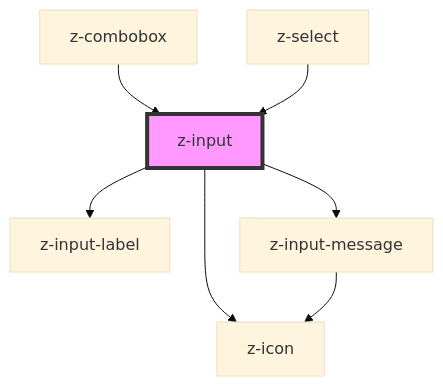
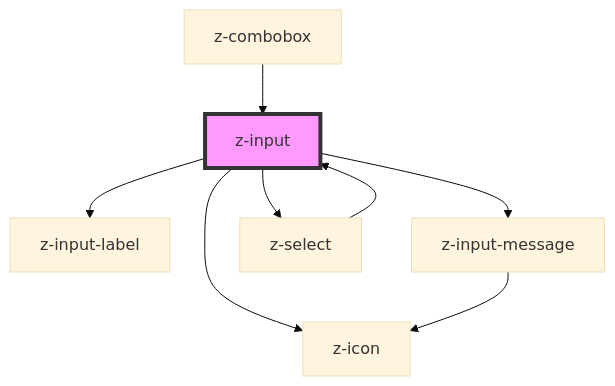
Before and after one commit to ZanichelliEditore/design-system: the diagram in src/components/inputs/z-input/readme.md, drawn with Mermaid (base theme). The commit also changed other lines of this file and 7 other files, not shown here.

Commit message:
feat: integrate z-select in z-input

````diff
--- a/src/components/inputs/z-input/readme.md
+++ b/src/components/inputs/z-input/readme.md
@@ -206,10 +209,11 @@
 ```mermaid
 graph TD;
   z-input --> z-input-label
   z-input --> z-icon
   z-input --> z-input-message
+  z-input --> z-select
   z-input-message --> z-icon
+  z-select --> z-input
   z-combobox --> z-input
-  z-select --> z-input
   style z-input fill:#f9f,stroke:#333,stroke-width:4px
 ```
````
